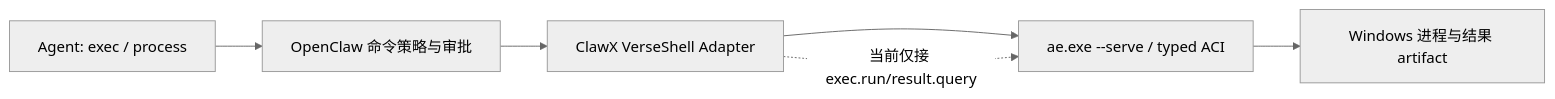
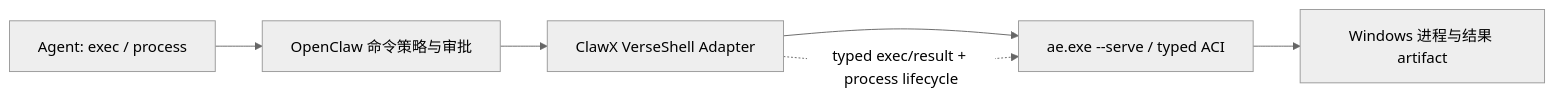
The diagram in docs/dev/verseshell-foundation/CAPABILITY-AUDIT-AND-IMPLEMENTATION-PLAN.zh-CN.md (Baixu22/VerseClaw), drawn with Mermaid (neutral theme) before and after one commit. The commit also changed other lines of this file and 222 other files, not shown here.

````diff
--- a/docs/dev/verseshell-foundation/CAPABILITY-AUDIT-AND-IMPLEMENTATION-PLAN.zh-CN.md
+++ b/docs/dev/verseshell-foundation/CAPABILITY-AUDIT-AND-IMPLEMENTATION-PLAN.zh-CN.md
@@ -52,8 +52,8 @@
 ```mermaid
 flowchart LR
     A["Agent: exec / process"] --> B["OpenClaw 命令策略与审批"]
     B --> C["ClawX VerseShell Adapter"]
     C --> D["ae.exe --serve / typed ACI"]
     D --> E["Windows 进程与结果 artifact"]
-    C -. "当前仅接 exec.run/result.query" .-> D
+    C -. "typed exec/result + process lifecycle" .-> D
 ```
````
